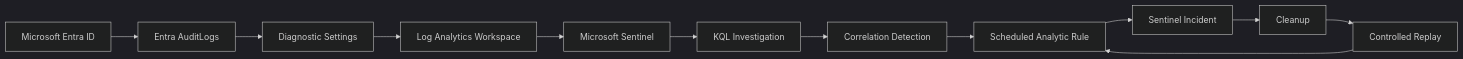
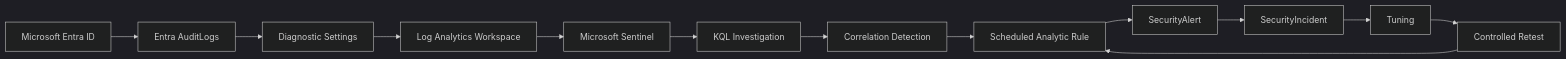
Before and after one commit to Seanfrvr/Azure-Identity-Detection-Correlation-Home-Lab: the diagram in README.md, drawn with Mermaid (dark theme). The commit also changed other lines of this file, not shown here.

````diff
--- a/README.md
+++ b/README.md
@@ -55,14 +65,15 @@
 ```mermaid
 flowchart LR
     A["Microsoft Entra ID"] --> B["Entra AuditLogs"]
     B --> C["Diagnostic Settings"]
     C --> D["Log Analytics Workspace"]
     D --> E["Microsoft Sentinel"]
     E --> F["KQL Investigation"]
     F --> G["Correlation Detection"]
     G --> H["Scheduled Analytic Rule"]
-    H --> I["Sentinel Incident"]
-    I --> J["Cleanup"]
-    J --> K["Controlled Replay"]
-    K --> H
+    H --> I["SecurityAlert"]
+    I --> J["SecurityIncident"]
+    J --> K["Tuning"]
+    K --> L["Controlled Retest"]
+    L --> H
 ```
````
